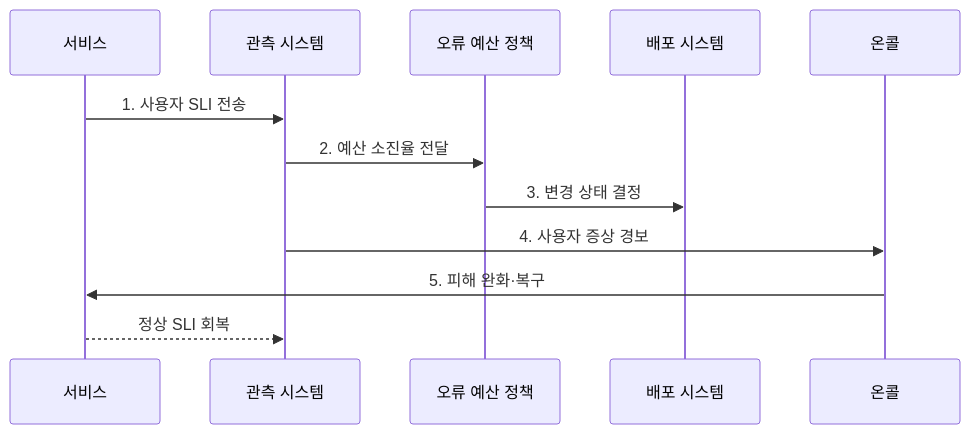
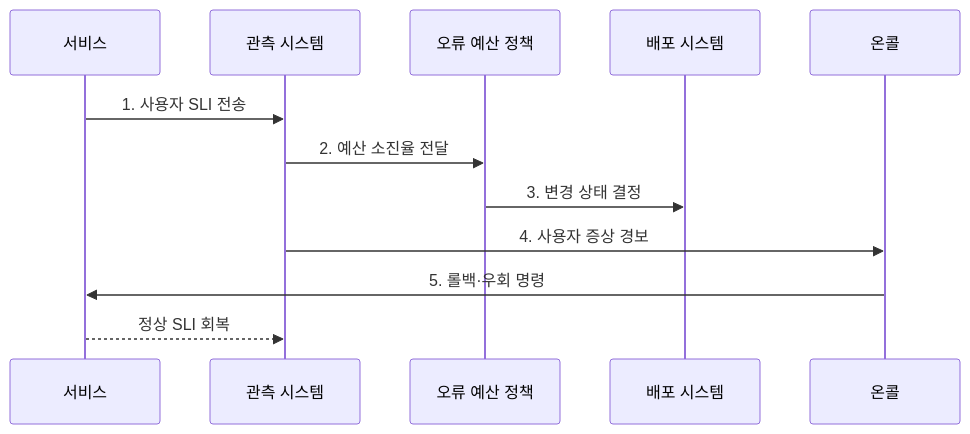
Before and after one commit to agnusdei1207/knowledge-base: the second of 2 diagrams in src/content/docs/notes/03-software/164_site_reliability_engineering.md, drawn with Mermaid. The commit also changed other lines of this file and 20 other files, not shown here.

````diff
--- a/src/content/docs/notes/03-software/164_site_reliability_engineering.md
+++ b/src/content/docs/notes/03-software/164_site_reliability_engineering.md
@@ -82,14 +82,14 @@
 ```mermaid
 sequenceDiagram
     participant S as 서비스
     participant M as 관측 시스템
     participant P as 오류 예산 정책
     participant D as 배포 시스템
     participant O as 온콜
     S->>M: 1. 사용자 SLI 전송
     M->>P: 2. 예산 소진율 전달
     P->>D: 3. 변경 상태 결정
     M->>O: 4. 사용자 증상 경보
-    O->>S: 5. 피해 완화·복구
+    O->>S: 5. 롤백·우회 명령
     S-->>M: 정상 SLI 회복
 ```
````
